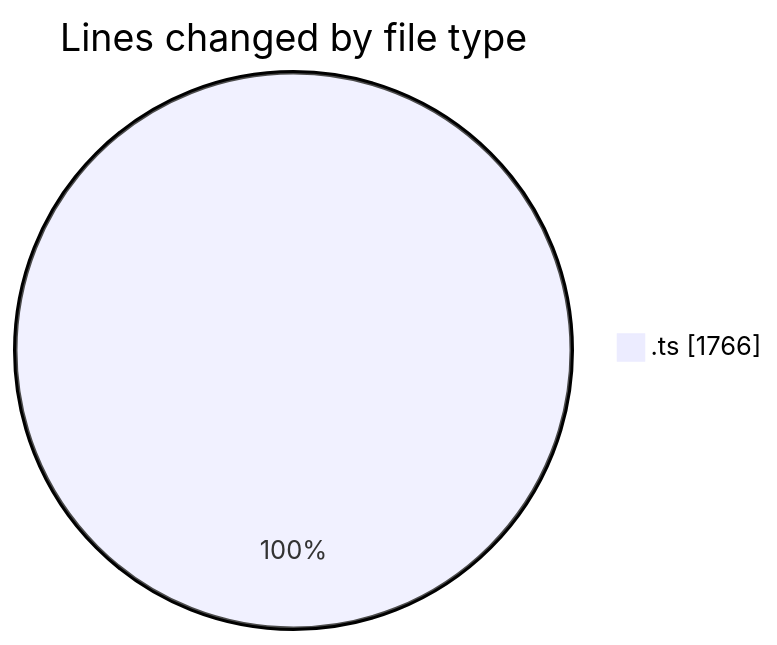
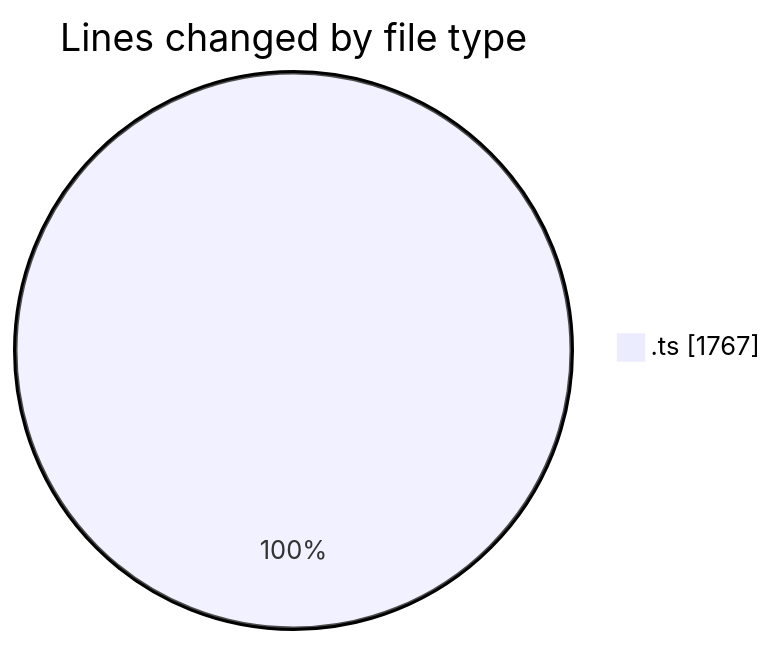
One commit to nxtqubesakshisongat/code-tracking changed the first of 2 diagrams in 2026-03-13/nxtqube_webapp/README.md. Above: the diagram before and after it, drawn with Mermaid. The commit also changed other lines of this file and 1 other file, not shown here.

````diff
--- a/2026-03-13/nxtqube_webapp/README.md
+++ b/2026-03-13/nxtqube_webapp/README.md
@@ -20,5 +20,5 @@
 ```mermaid
 pie showData
 title Lines changed by file type
-".ts" : 1766
+".ts" : 1767
 ```
````
